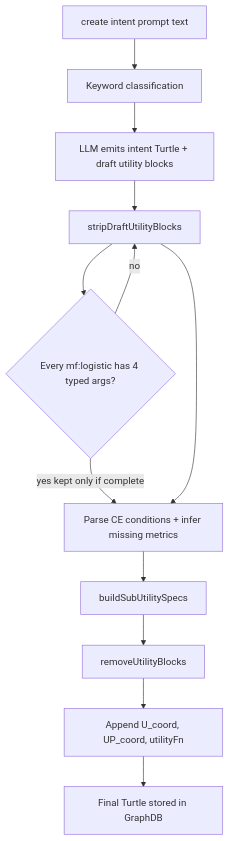
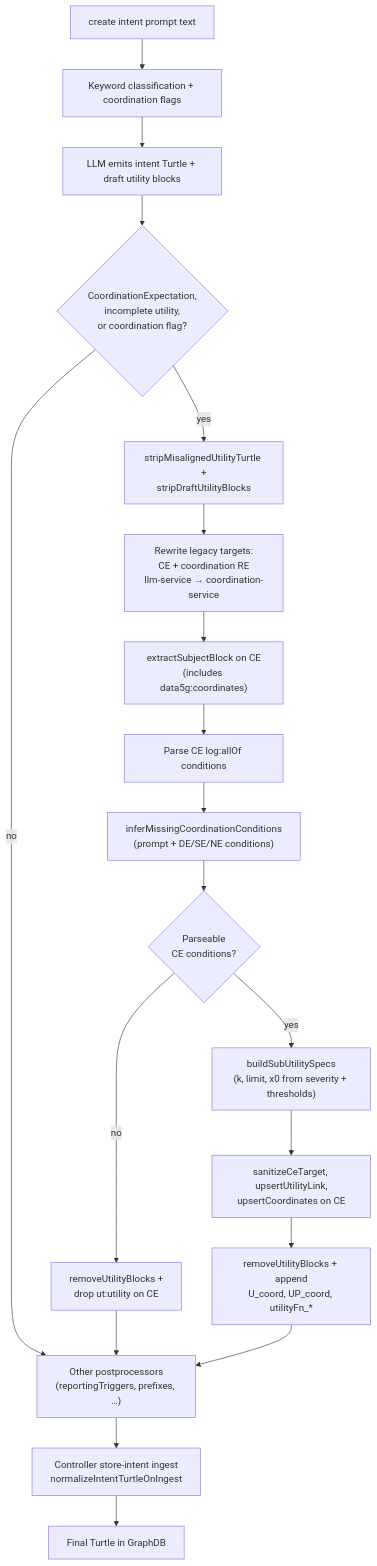
One commit to INTEND-Project/5G4Data-public changed the first of 2 diagrams in AgenticDataSimulator/SimulatorAgentPackages/5g4data-intent-generation/docs/coordination-using-utility-function.md. Above: the diagram before and after it, drawn with Mermaid. The commit also changed other lines of this file and 16 other files, not shown here.

````diff
--- a/AgenticDataSimulator/SimulatorAgentPackages/5g4data-intent-generation/docs/coordination-using-utility-function.md
+++ b/AgenticDataSimulator/SimulatorAgentPackages/5g4data-intent-generation/docs/coordination-using-utility-function.md
@@ -95,25 +110,27 @@
 ```mermaid
 flowchart TD
   Prompt["create intent prompt text"]
-  Classify["Keyword classification"]
+  Classify["Keyword classification + coordination flags"]
   LLM["LLM emits intent Turtle + draft utility blocks"]
-  Strip["stripDraftUtilityBlocks"]
-  Complete{"Every mf:logistic has 4 typed args?"}
-  Parse["Parse CE conditions + infer missing metrics"]
-  Derive["buildSubUtilitySpecs"]
-  Remove["removeUtilityBlocks"]
-  Append["Append U_coord, UP_coord, utilityFn"]
-  Out["Final Turtle stored in GraphDB"]
+  Gate{"CoordinationExpectation,<br/>incomplete utility,<br/>or coordination flag?"}
+  Strip["stripMisalignedUtilityTurtle +<br/>stripDraftUtilityBlocks"]
+  SanitizeTargets["Rewrite legacy targets:<br/>CE + coordination RE<br/>llm-service → coordination-service"]
+  ParseCE["extractSubjectBlock on CE<br/>(includes data5g:coordinates)"]
+  ParseCond["Parse CE log:allOf conditions"]
+  Infer["inferMissingCoordinationConditions<br/>(prompt + DE/SE/NE conditions)"]
+  HasConditions{"Parseable<br/>CE conditions?"}
+  Cleanup["removeUtilityBlocks +<br/>drop ut:utility on CE"]
+  Derive["buildSubUtilitySpecs<br/>(k, limit, x0 from severity + thresholds)"]
+  UpsertCE["sanitizeCeTarget, upsertUtilityLink,<br/>upsertCoordinates on CE"]
+  Regen["removeUtilityBlocks + append<br/>U_coord, UP_coord, utilityFn_*"]
+  OtherPP["Other postprocessors<br/>(reportingTriggers, prefixes, …)"]
+  Ingest["Controller store-intent ingest<br/>normalizeIntentTurtleOnIngest"]
+  Out["Final Turtle in GraphDB"]
 
-  Prompt --> Classify
-  Classify --> LLM
-  LLM --> Strip
-  Strip --> Complete
-  Complete -->|no| Strip
-  Complete -->|yes kept only if complete| Parse
-  Strip --> Parse
-  Parse --> Derive
-  Derive --> Remove
-  Remove --> Append
-  Append --> Out
+  Prompt --> Classify --> LLM --> Gate
+  Gate -->|no| OtherPP
+  Gate -->|yes| Strip --> SanitizeTargets --> ParseCE --> ParseCond --> Infer --> HasConditions
+  HasConditions -->|no| Cleanup --> OtherPP
+  HasConditions -->|yes| Derive --> UpsertCE --> Regen --> OtherPP
+  OtherPP --> Ingest --> Out
 ```
````
